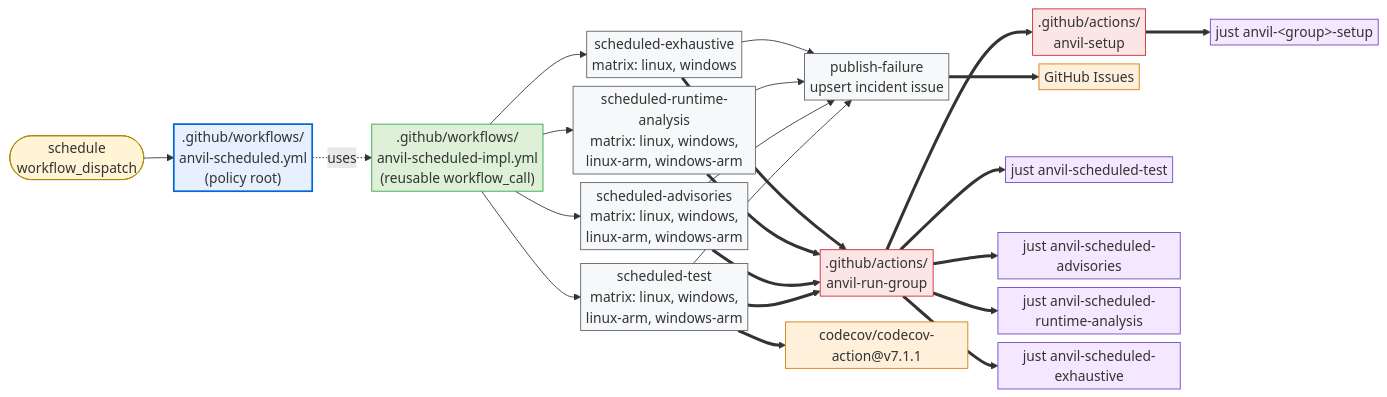
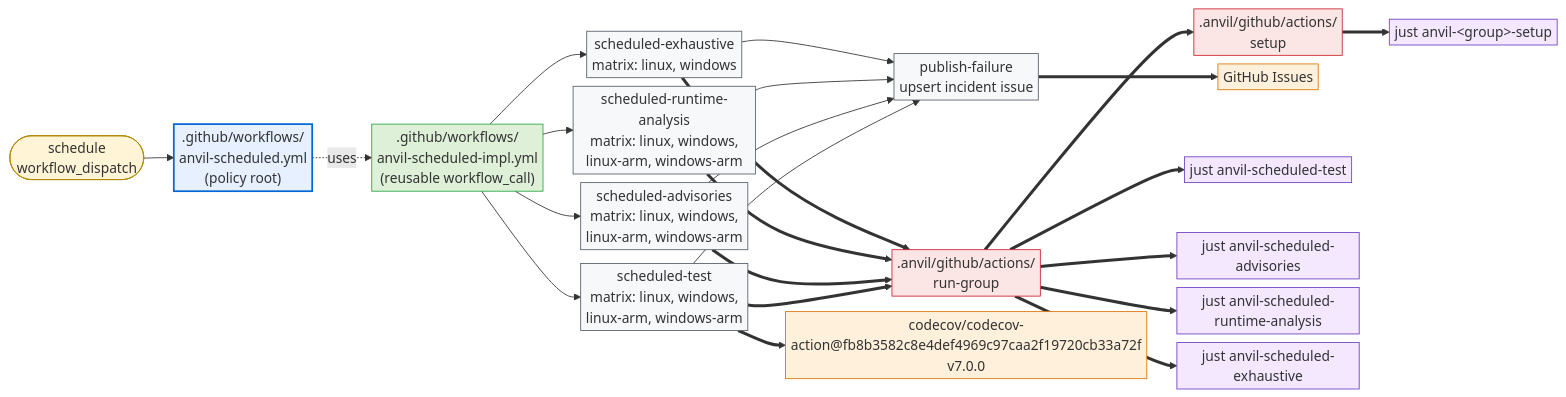
Before and after one commit to microsoft/ox-tools: the second of 2 diagrams in crates/cargo-anvil/docs/design/github.md, drawn with Mermaid. The commit also changed other lines of this file and 175 other files, not shown here.

````diff
--- a/crates/cargo-anvil/docs/design/github.md
+++ b/crates/cargo-anvil/docs/design/github.md
@@ -122,54 +122,54 @@
 ```mermaid
 %%{init: {"flowchart": {"nodeSpacing": 10, "rankSpacing": 35, "padding": 3}, "themeVariables": {"fontSize": "16px"}}}%%
 flowchart LR
     sched_evt([schedule<br/>workflow_dispatch]):::trigger
     sched_root[".github/workflows/<br/>anvil-scheduled.yml<br/>(policy root)"]:::root
     sched_impl[".github/workflows/<br/>anvil-scheduled-impl.yml<br/>(reusable workflow_call)"]:::impl
     stest_job["scheduled-test<br/>matrix: linux, windows,<br/>linux-arm, windows-arm"]:::job
     sadv_job["scheduled-advisories<br/>matrix: linux, windows,<br/>linux-arm, windows-arm"]:::job
     srun_job["scheduled-runtime-analysis<br/>matrix: linux, windows,<br/>linux-arm, windows-arm"]:::job
     sexh_job["scheduled-exhaustive<br/>matrix: linux, windows"]:::job
     publish_job["publish-failure<br/>upsert incident issue"]:::job
-    setup_act[".github/actions/<br/>anvil-setup"]:::action
-    run_group_act[".github/actions/<br/>anvil-run-group"]:::action
-    codecov_act["codecov/codecov-action@v7.1.1"]:::external
+    setup_act[".anvil/github/actions/<br/>setup"]:::action
+    run_group_act[".anvil/github/actions/<br/>run-group"]:::action
+    codecov_act["codecov/codecov-action@fb8b3582c8e4def4969c97caa2f19720cb33a72f<br/>v7.0.0"]:::external
     github_issues["GitHub Issues"]:::external
     stest_just["just anvil-scheduled-test"]:::recipe
     sadv_just["just anvil-scheduled-advisories"]:::recipe
     srun_just["just anvil-scheduled-runtime-analysis"]:::recipe
     sexh_just["just anvil-scheduled-exhaustive"]:::recipe
     setup_just["just anvil-&lt;group&gt;-setup"]:::recipe
 
     sched_evt --> sched_root
     sched_root -. uses .-> sched_impl
     sched_impl --> stest_job
     sched_impl --> sadv_job
     sched_impl --> srun_job
     sched_impl --> sexh_job
     stest_job --> publish_job
     sadv_job --> publish_job
     srun_job --> publish_job
     sexh_job --> publish_job
 
     stest_job ==> run_group_act
     stest_job ==> codecov_act
     sadv_job ==> run_group_act
     srun_job ==> run_group_act
     sexh_job ==> run_group_act
     publish_job ==> github_issues
 
     run_group_act ==> setup_act
     run_group_act ==> stest_just
     run_group_act ==> sadv_just
     run_group_act ==> srun_just
     run_group_act ==> sexh_just
     setup_act ==> setup_just
 
     classDef trigger fill:#fff4d6,stroke:#b08800,stroke-width:1px;
     classDef root fill:#e6f0ff,stroke:#0366d6,stroke-width:2px;
     classDef impl fill:#dff0d8,stroke:#28a745,stroke-width:1px;
     classDef job fill:#f6f8fa,stroke:#586069,stroke-width:1px;
     classDef action fill:#fce5e5,stroke:#cb2431,stroke-width:1px;
     classDef external fill:#fff0db,stroke:#d97706,stroke-width:1px;
     classDef recipe fill:#f3e8ff,stroke:#6f42c1,stroke-width:1px;
 ```
````
